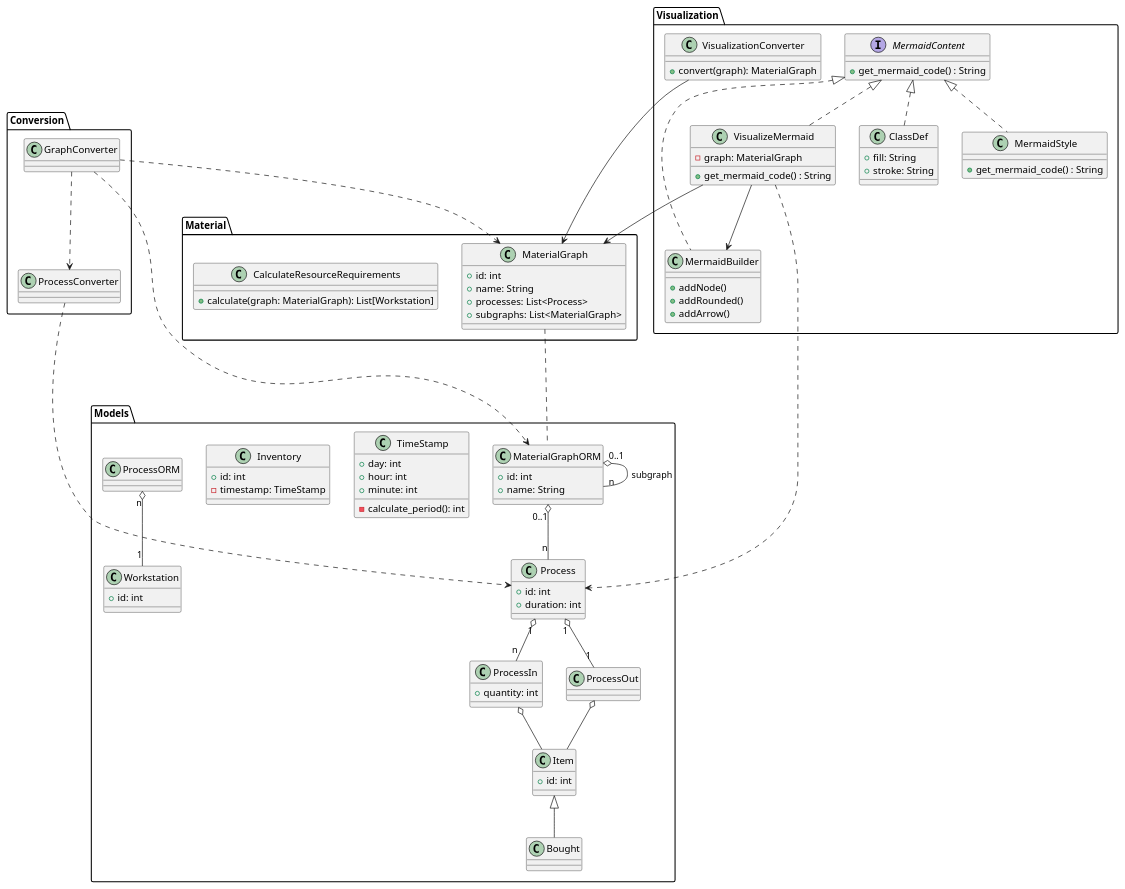
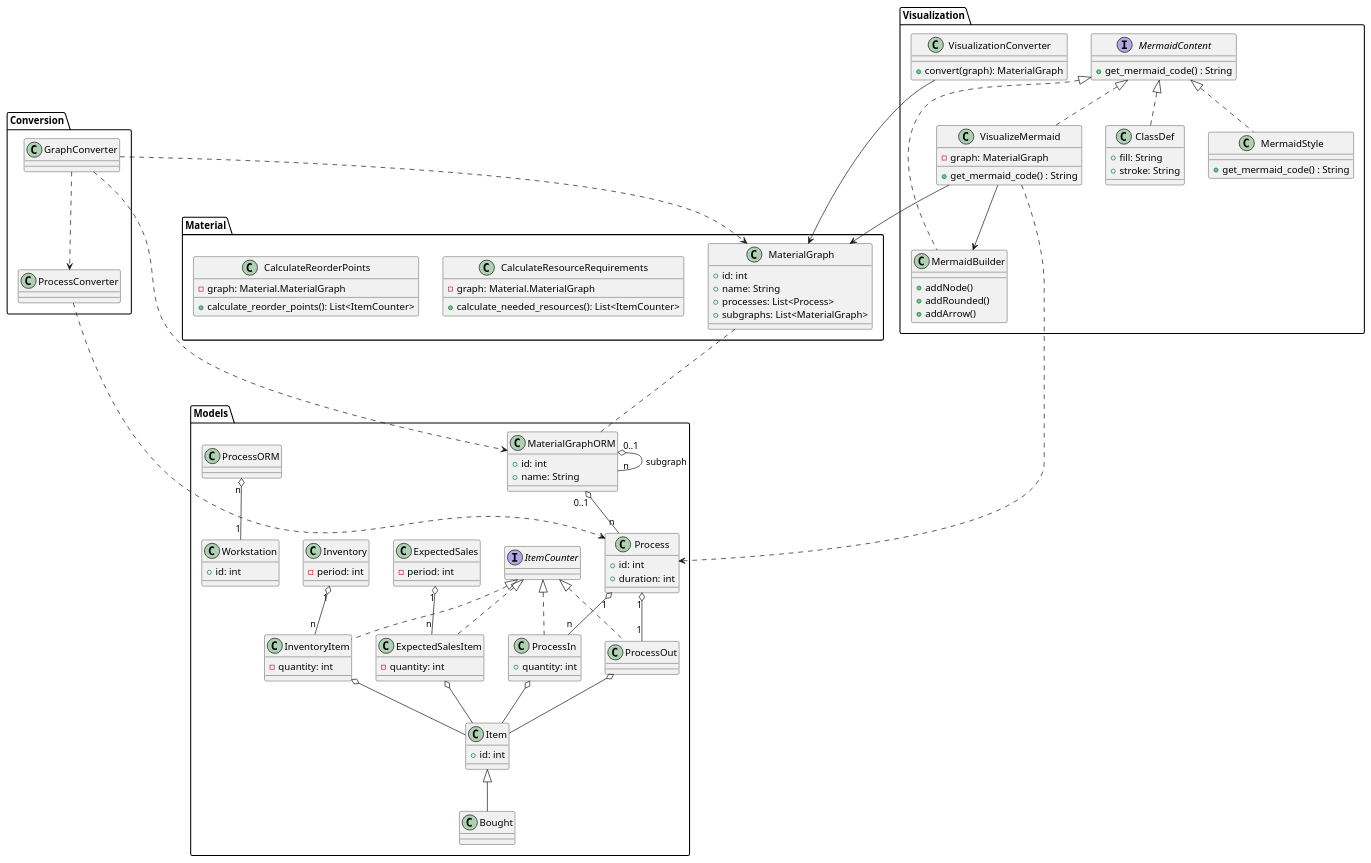
The diagram in docs/full_db_architecture.puml (buecktobias/ibsys2SCM), drawn with PlantUML before and after one commit. The commit also changed 4 other files, not shown here.

```diff
--- a/docs/full_db_architecture.puml
+++ b/docs/full_db_architecture.puml
@@ -1,125 +1,143 @@
 @startuml
 ' ===== ORM Package =====
 package Models {
   class MaterialGraphORM {
     + id: int
     + name: String
   }
 
   class Process {
     + id: int
     + duration: int
   }
+    interface ItemCounter{
+  }
 
-  class ProcessIn {
+  class ProcessIn implements ItemCounter {
     + quantity: int
   }
 
-  class ProcessOut {
+  class ProcessOut implements ItemCounter {
   }
 
   class Item {
     + id: int
   }
   class Bought extends Item{
   }
 
   class Workstation {
     + id: int
   }
 
-  class TimeStamp {
-    + day: int
-    + hour: int
-    + minute: int
+  class ExpectedSales {
+    - period: int
+  }
 
-    - calculate_period(): int
+  class ExpectedSalesItem implements ItemCounter {
+    - quantity: int
   }
 
   class Inventory{
-    + id: int
-    - timestamp: TimeStamp
+    - period: int
   }
+
+  class InventoryItem implements ItemCounter{
+    - quantity: int
+  }
+
+
 
   ' ORM Associations
   MaterialGraphORM "0..1" o-- "n" Process
   MaterialGraphORM "0..1" o--- "n" MaterialGraphORM: "subgraph"
   Process "1" o-- "n" ProcessIn
   Process "1" o-- "1" ProcessOut
   ProcessIn o-- Item
   ProcessOut o-- Item
   ProcessORM "n" o-- "1" Workstation
+  Inventory "1" o-- "n" InventoryItem
+  InventoryItem o-- Item
+
+  ExpectedSales "1" o-- "n" ExpectedSalesItem
+  ExpectedSalesItem o-- Item
 }
 
 
 
 package Material {
 
     class MaterialGraph {
         + id: int
         + name: String
         + processes: List<Process>
         + subgraphs: List<MaterialGraph>
     }
 
 
     class CalculateResourceRequirements {
-        + calculate(graph: MaterialGraph): List[Workstation]
+        - graph: Material.MaterialGraph
+        + calculate_needed_resources(): List<ItemCounter>
+    }
+
+    class CalculateReorderPoints {
+        - graph: Material.MaterialGraph
+        + calculate_reorder_points(): List<ItemCounter>
     }
 
 }
 package Conversion {
   class ProcessConverter {
   }
 
   class GraphConverter {
   }
 
   ' Dependencies
   GraphConverter ..> ProcessConverter
   GraphConverter ..> Material.MaterialGraph
   GraphConverter ..> Models.MaterialGraphORM
   ProcessConverter ..> Process
 }
 
 
 
 
 package "Visualization" {
     class VisualizationConverter {
       + convert(graph): MaterialGraph
     }
   interface MermaidContent {
     + get_mermaid_code() : String
   }
 
   class ClassDef implements MermaidContent {
     + fill: String
     + stroke: String
   }
 
   class MermaidStyle implements MermaidContent {
     + get_mermaid_code() : String
   }
 
   class MermaidBuilder implements MermaidContent {
     + addNode()
     + addRounded()
     + addArrow()
   }
 
   class VisualizeMermaid implements MermaidContent {
     - graph: MaterialGraph
     + get_mermaid_code() : String
   }
 
   ' Visualization Dependencies
   VisualizationConverter --> Material.MaterialGraph
   VisualizeMermaid --> MermaidBuilder
   VisualizeMermaid --> MaterialGraph
   VisualizeMermaid ..> Process
 }
 
 Material.MaterialGraph ... Models.MaterialGraphORM
 
 @enduml
```
